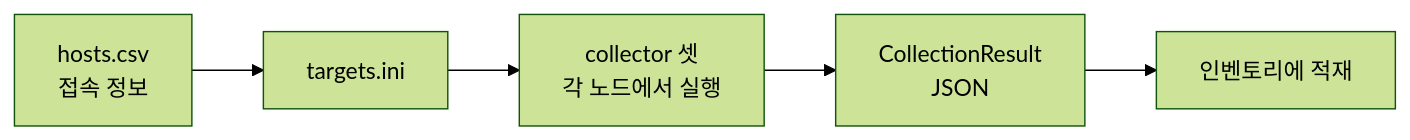
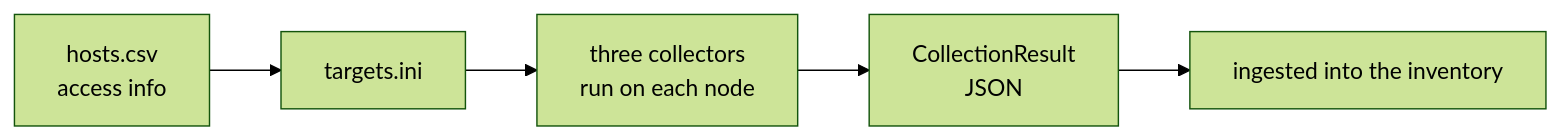
One commit to randyinthedev-hash/pqcota changed the diagram in discovery/README.md. Above: the diagram before and after it, drawn with Mermaid (forest theme). The commit also changed other lines of this file and 80 other files, not shown here.

````diff
--- a/discovery/README.md
+++ b/discovery/README.md
@@ -17,5 +10,5 @@
 ```mermaid
 flowchart LR
-    H["hosts.csv<br/>접속 정보"] --> T["targets.ini"] --> C["collector 셋<br/>각 노드에서 실행"]
-    C --> J["CollectionResult<br/>JSON"] --> I["인벤토리에 적재"]
+    H["hosts.csv<br/>access info"] --> T["targets.ini"] --> C["three collectors<br/>run on each node"]
+    C --> J["CollectionResult<br/>JSON"] --> I["ingested into the inventory"]
 ```
````
